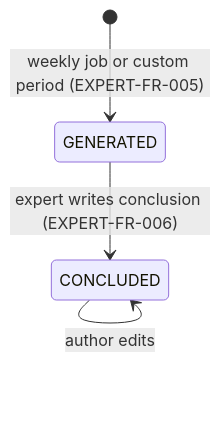
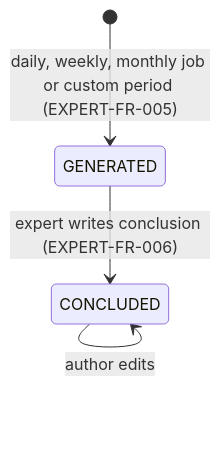
One commit to NBao261/SwiftletCare_KLTN changed diagram 12 of 35 in docs/reports/report4-sdd.md. Above: the diagram before and after it, drawn with Mermaid. The commit also changed other lines of this file and 10 other files, not shown here.

````diff
--- a/docs/reports/report4-sdd.md
+++ b/docs/reports/report4-sdd.md
@@ -742,6 +791,6 @@
 ```mermaid
 stateDiagram-v2
-  [*] --> GENERATED : weekly job or custom period (EXPERT-FR-005)
+  [*] --> GENERATED : daily, weekly, monthly job or custom period (EXPERT-FR-005)
   GENERATED --> CONCLUDED : expert writes conclusion (EXPERT-FR-006)
   CONCLUDED --> CONCLUDED : author edits
 ```
````
